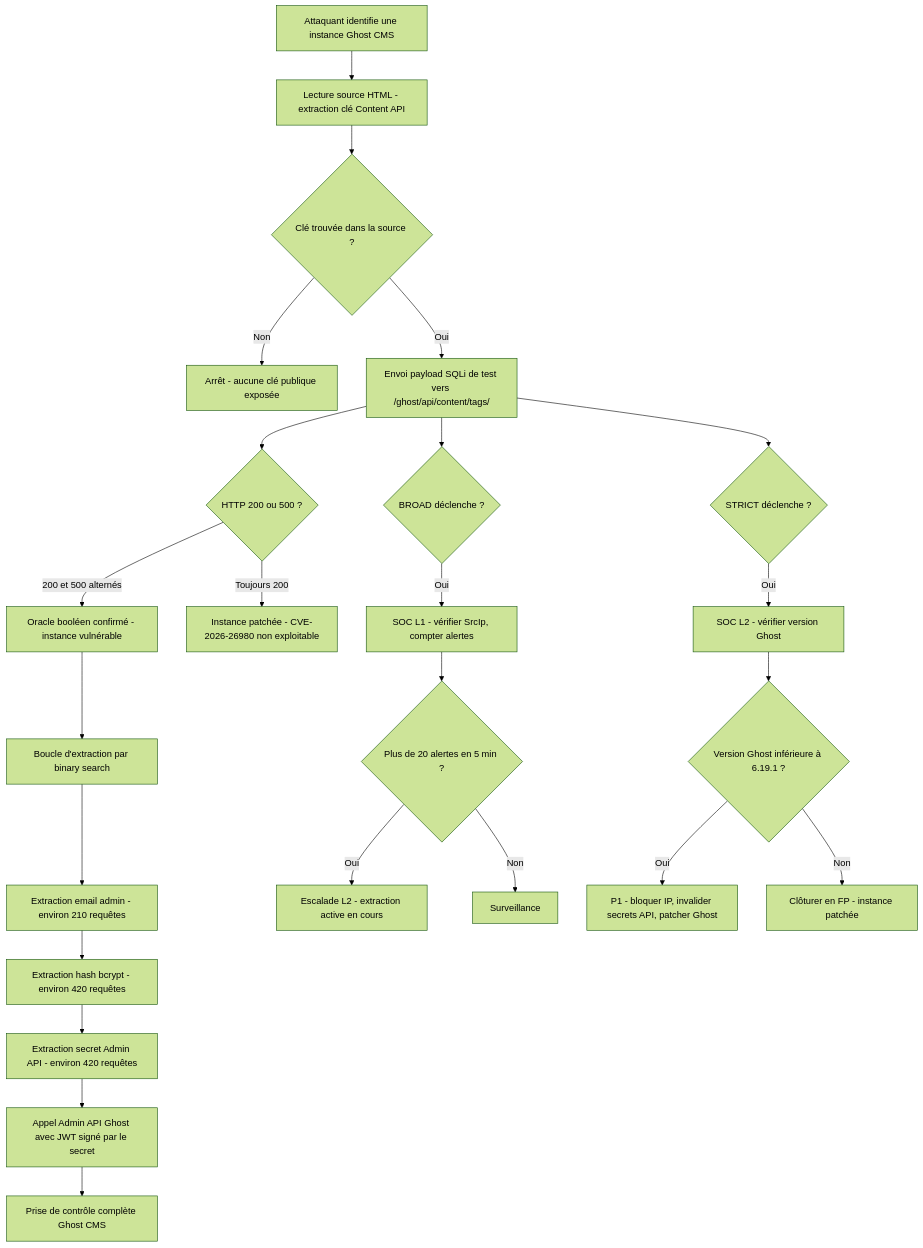
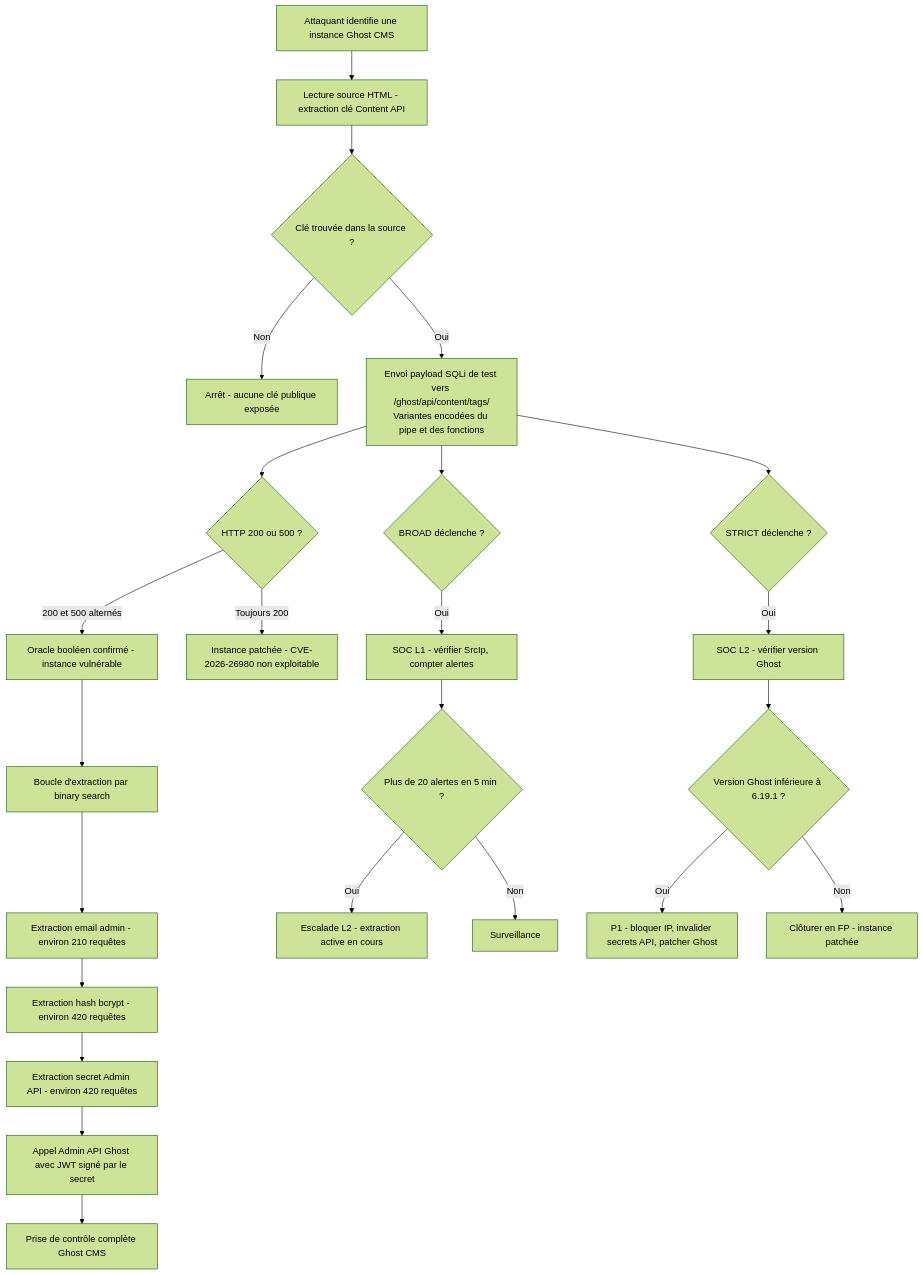
One commit to Hatchepsoute/sigma-rules changed the diagram in CVE-2026-26980_Ghost_CMS_SQLi/diagrams/DIAGRAM_GHOST_SQLI_FR.mmd. Above: the diagram before and after it, drawn with Mermaid (forest theme). The commit also changed 305 other files, not shown here.

```diff
--- a/CVE-2026-26980_Ghost_CMS_SQLi/diagrams/DIAGRAM_GHOST_SQLI_FR.mmd
+++ b/CVE-2026-26980_Ghost_CMS_SQLi/diagrams/DIAGRAM_GHOST_SQLI_FR.mmd
@@ -1,28 +1,28 @@
 flowchart TD
     A[Attaquant identifie une instance Ghost CMS] --> B[Lecture source HTML - extraction clé Content API]
     B --> C{Clé trouvée dans la source ?}
     C -- Non --> Z1[Arrêt - aucune clé publique exposée]
-    C -- Oui --> D[Envoi payload SQLi de test vers /ghost/api/content/tags/]
+    C -- Oui --> D[Envoi payload SQLi de test vers /ghost/api/content/tags/\nVariantes encodées du pipe et des fonctions]
 
     D --> E{HTTP 200 ou 500 ?}
     E -- "200 et 500 alternés" --> F[Oracle booléen confirmé - instance vulnérable]
     E -- "Toujours 200" --> Z2[Instance patchée - CVE-2026-26980 non exploitable]
 
     F --> G[Boucle d'extraction par binary search]
     G --> H[Extraction email admin - environ 210 requêtes]
     H --> I[Extraction hash bcrypt - environ 420 requêtes]
     I --> J[Extraction secret Admin API - environ 420 requêtes]
     J --> K[Appel Admin API Ghost avec JWT signé par le secret]
     K --> L[Prise de contrôle complète Ghost CMS]
 
     D --> M{BROAD déclenche ?}
     M -- Oui --> N[SOC L1 - vérifier SrcIp, compter alertes]
     N --> O{Plus de 20 alertes en 5 min ?}
     O -- Oui --> P[Escalade L2 - extraction active en cours]
     O -- Non --> Q[Surveillance]
 
     D --> R{STRICT déclenche ?}
     R -- Oui --> S[SOC L2 - vérifier version Ghost]
     S --> T{Version Ghost inférieure à 6.19.1 ?}
     T -- Oui --> U[P1 - bloquer IP, invalider secrets API, patcher Ghost]
     T -- Non --> V[Clôturer en FP - instance patchée]
```
